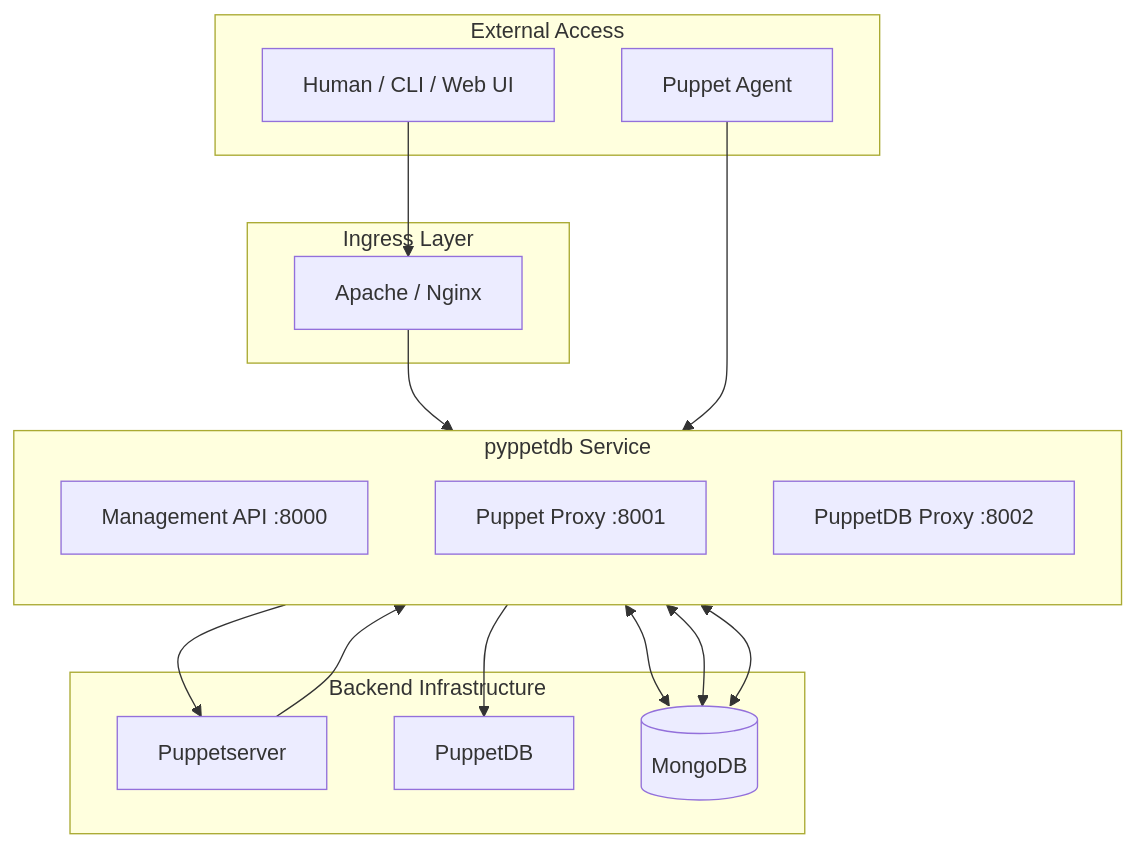
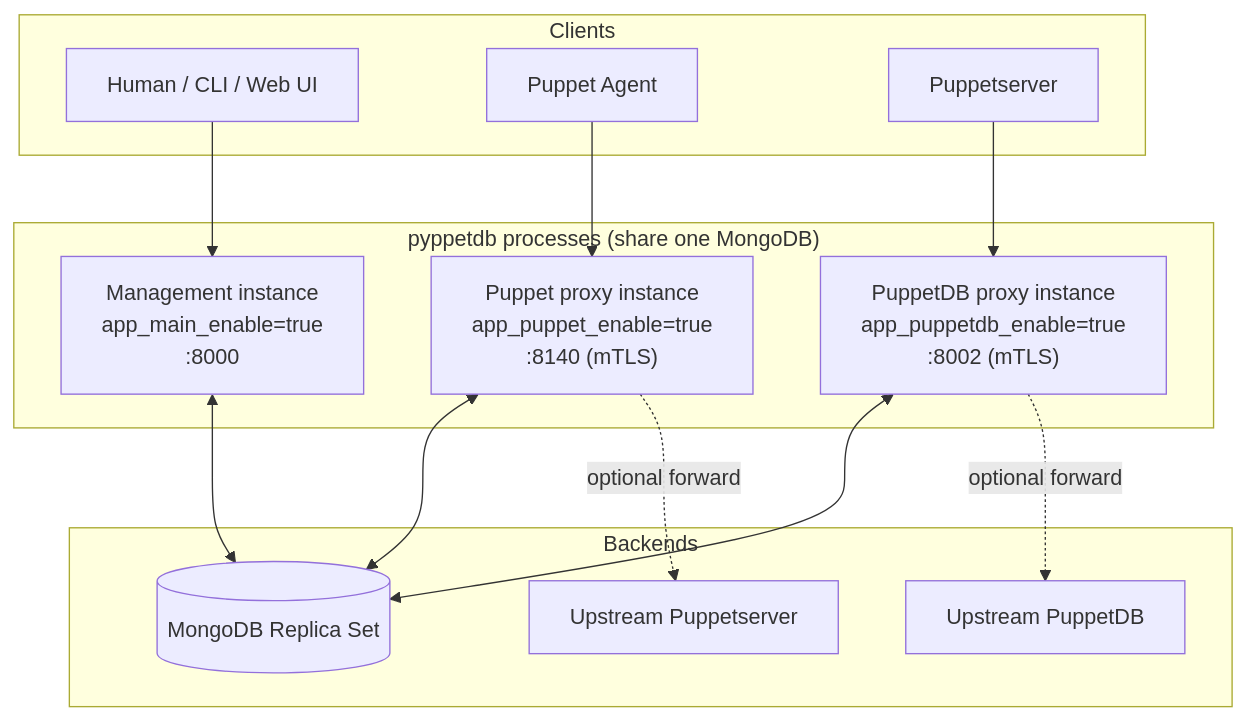
Before and after one commit to schlitzered/pyppetdb: the first of 4 diagrams in docs/architecture.md, drawn with Mermaid. The commit also changed other lines of this file and 8 other files, not shown here.

````diff
--- a/docs/architecture.md
+++ b/docs/architecture.md
@@ -13,31 +26,27 @@
 ```mermaid
 graph TD
-    subgraph "External Access"
+    subgraph "Clients"
         User[Human / CLI / Web UI]
         Agent[Puppet Agent]
+        PS[Puppetserver]
     end
 
-    subgraph "Ingress Layer"
-        Proxy[Apache / Nginx]
+    subgraph "pyppetdb processes (share one MongoDB)"
+        MGMT["Management instance<br/>app_main_enable=true<br/>:8000"]
+        PUP["Puppet proxy instance<br/>app_puppet_enable=true<br/>:8140 (mTLS)"]
+        PDB["PuppetDB proxy instance<br/>app_puppetdb_enable=true<br/>:8002 (mTLS)"]
     end
 
-    subgraph "pyppetdb Service"
-        direction TB
-        API_8000[Management API :8000]
-        Proxy_8001[Puppet Proxy :8001]
-        PDB_8002[PuppetDB Proxy :8002]
+    subgraph "Backends"
+        UPS_PS[Upstream Puppetserver]
+        UPS_PDB[Upstream PuppetDB]
+        DB[(MongoDB Replica Set)]
     end
 
-    subgraph "Backend Infrastructure"
-        PS[Puppetserver]
-        PDB[PuppetDB]
-        DB[(MongoDB)]
-    end
-
-    User --> Proxy --> API_8000
-    Agent --> Proxy_8001
-    Proxy_8001 --> PS
-    PS --> PDB_8002
-    PDB_8002 --> PDB
-    API_8000 & Proxy_8001 & PDB_8002 <--> DB
+    User --> MGMT
+    Agent --> PUP
+    PS --> PDB
+    PUP -. optional forward .-> UPS_PS
+    PDB -. optional forward .-> UPS_PDB
+    MGMT & PUP & PDB <--> DB
 ```
````
